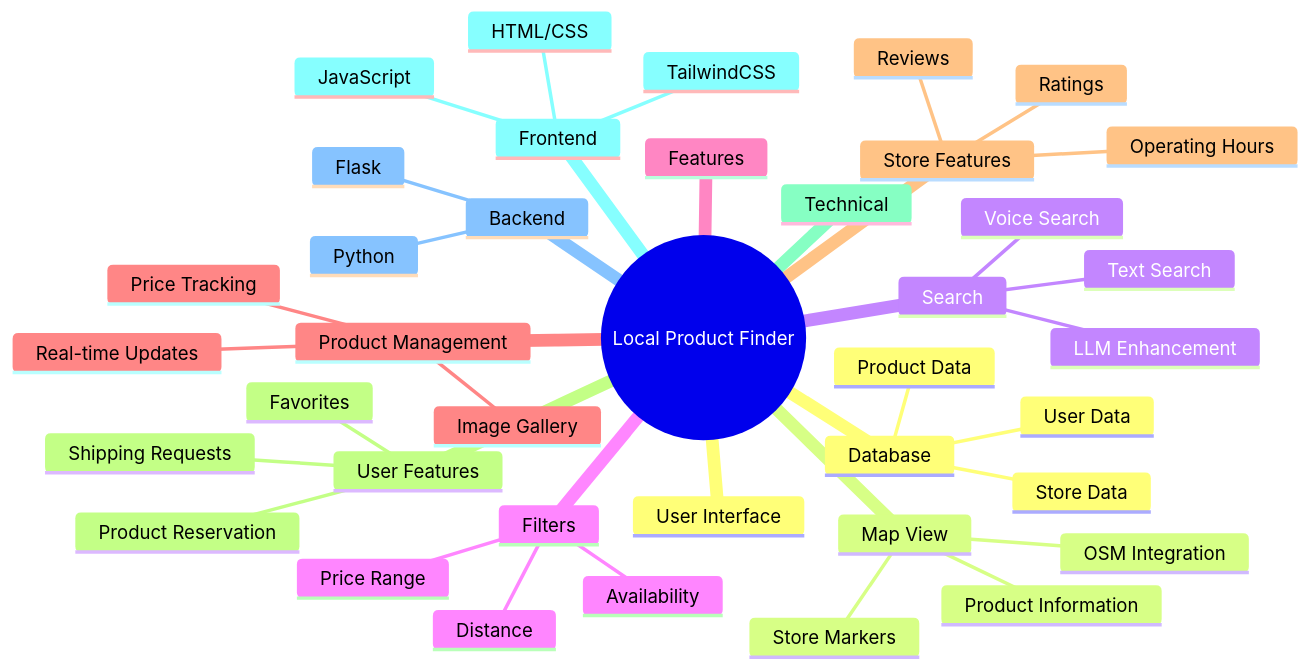
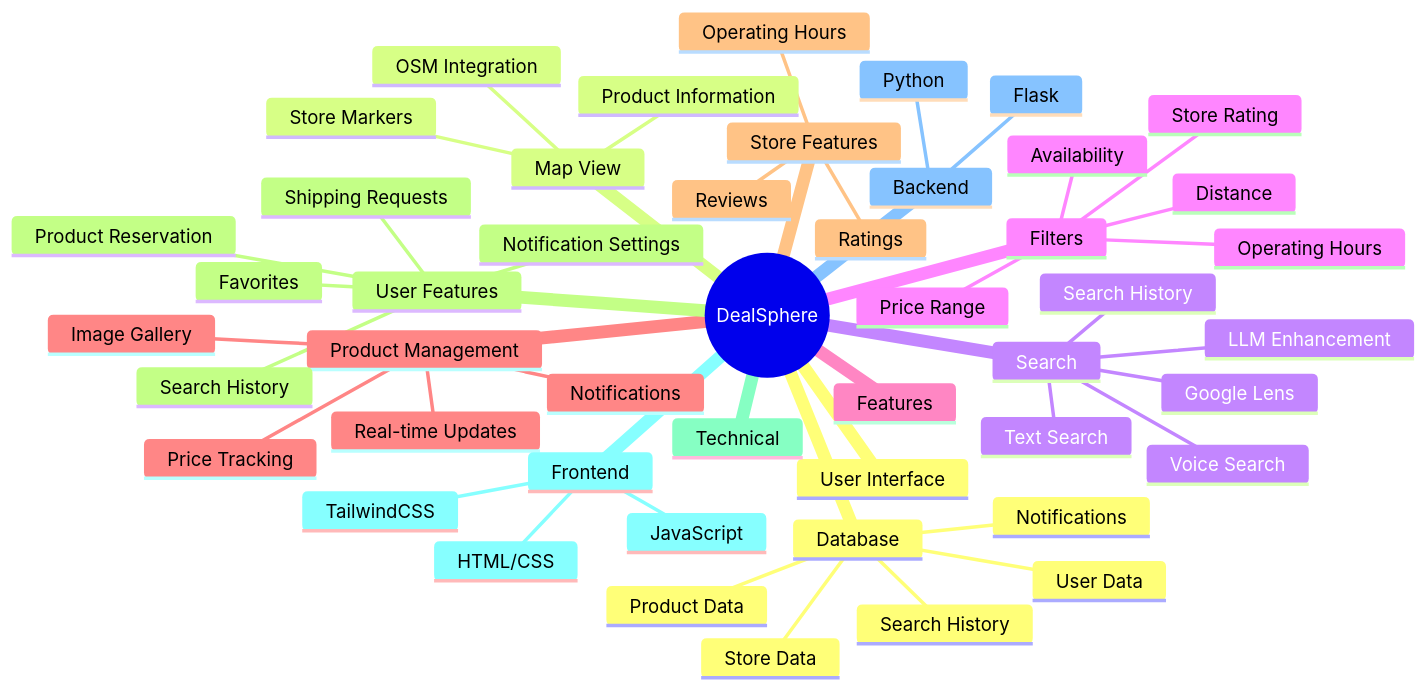
Before and after one commit to r04nx/obsidian: the first of 7 diagrams in Work/SPIT Hackathon/Main Document.md, drawn with Mermaid. The commit also changed other lines of this file and 25 other files, not shown here.

````diff
--- a/Work/SPIT Hackathon/Main Document.md
+++ b/Work/SPIT Hackathon/Main Document.md
@@ -24,42 +28,51 @@
 ```mermaid
 mindmap
-root((Local Product Finder))
+root((DealSphere))
     User Interface
     Map View
         OSM Integration
         Store Markers
         Product Information
     Search
         Text Search
         Voice Search
         LLM Enhancement
+        Google Lens
+        Search History
     Filters
         Price Range
         Distance
         Availability
+        Store Rating
+        Operating Hours
     Features
     Product Management
         Real-time Updates
         Image Gallery
         Price Tracking
+        Notifications
     Store Features
         Ratings
         Reviews
         Operating Hours
     User Features
         Product Reservation
         Shipping Requests
         Favorites
+        Notification Settings
+        Search History
     Technical
     Frontend
         HTML/CSS
         JavaScript
         TailwindCSS
     Backend
         Python
         Flask
     Database
         Product Data
         User Data
         Store Data
+        Search History
+        Notifications
 ```
````
